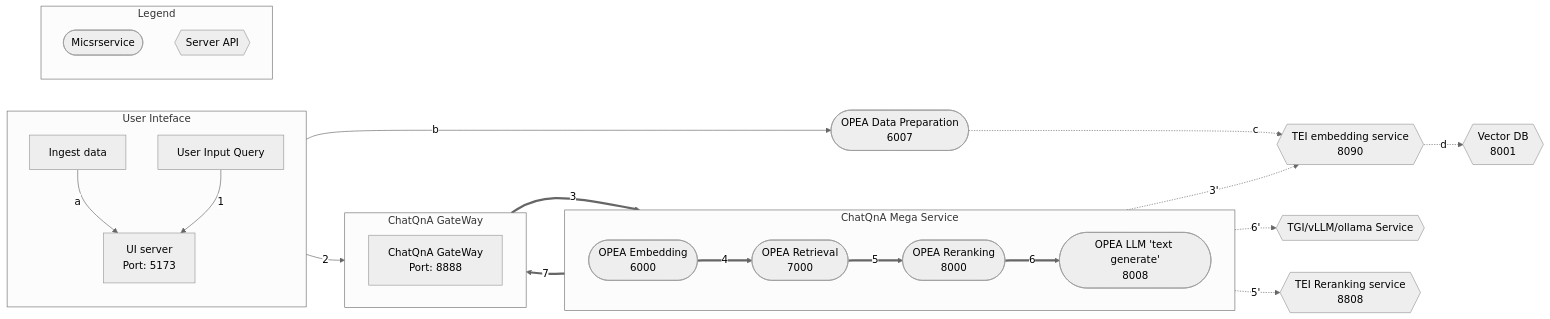
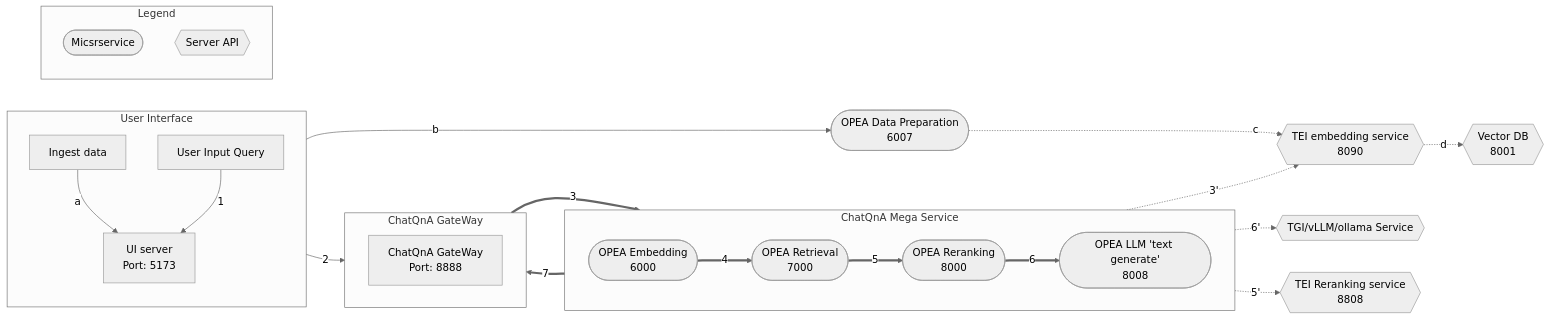
One commit to opea-project/GenAIExamples changed the diagram in ChatQnA/README.md. Above: the diagram before and after it, drawn with Mermaid (neutral theme).

Commit message:
[pre-commit.ci] auto fixes from pre-commit.com hooks
for more information, see https://pre-commit.ci

````diff
--- a/ChatQnA/README.md
+++ b/ChatQnA/README.md
@@ -13,63 +13,63 @@
 ```mermaid
 graph LR
     subgraph ChatQnA Mega Service
         direction LR
         EM([OPEA Embedding<br>6000])
         RET([OPEA Retrieval<br>7000])
         RER([OPEA Reranking<br>8000])
         LLM([OPEA LLM 'text generate'<br>8008])
     end
 
     direction TB
     TEI_EM{{TEI embedding service<br>8090}}
     VDB{{Vector DB<br>8001}}
     %% Vector DB interaction
     TEI_EM -.->|d|VDB
 
     DP([OPEA Data Preparation<br>6007])
     LLM_gen{{TGI/vLLM/ollama Service}}
 
     direction TB
     RER([OPEA Reranking<br>8000])
     TEI_RER{{TEI Reranking service<br>8808}}
 
-    subgraph User Inteface
+    subgraph User Interface
         direction TB
         a[User Input Query]
         Ingest[Ingest data]
         UI[UI server<br>Port: 5173]
     end
 
     subgraph ChatQnA GateWay
         direction LR
         GW[ChatQnA GateWay<br>Port: 8888]
     end
 
     %% Data Preparation flow
     %% Ingest data flow
     direction LR
     Ingest[Ingest data] -->|a| UI
     UI -->|b| DP
     DP -.->|c| TEI_EM
 
     %% Questions interaction
     direction LR
     a[User Input Query] -->|1| UI
     UI -->|2| GW
     GW ==>|3| EM
     EM ==>|4| RET
     RET ==>|5| RER
     RER ==>|6| LLM
-    LLM ==>|7| GW 
+    LLM ==>|7| GW
 
     %% Embedding service flow
     direction TB
     EM -.->|3'| TEI_EM
     RER -.->|5'| TEI_RER
     LLM -.->|6'| LLM_gen
 
     subgraph Legend
         X([Micsrservice])
         Y{{Server API}}
     end
 ```
````
